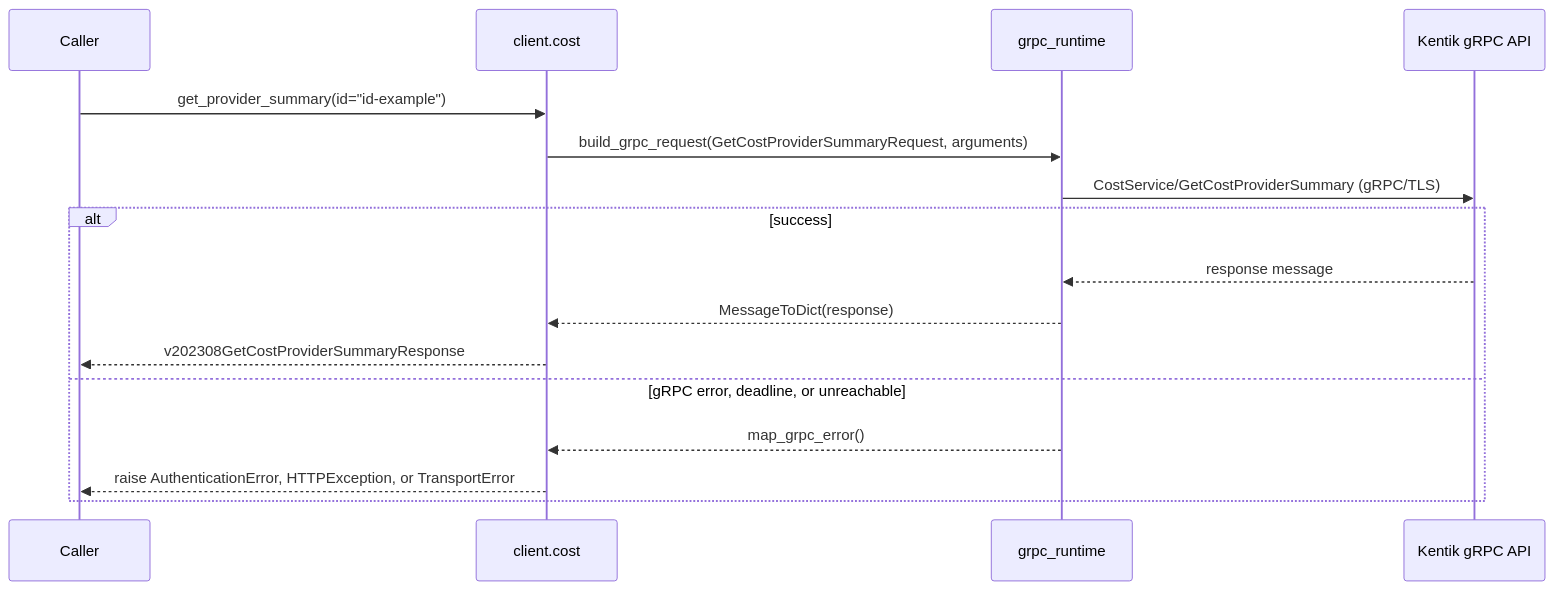
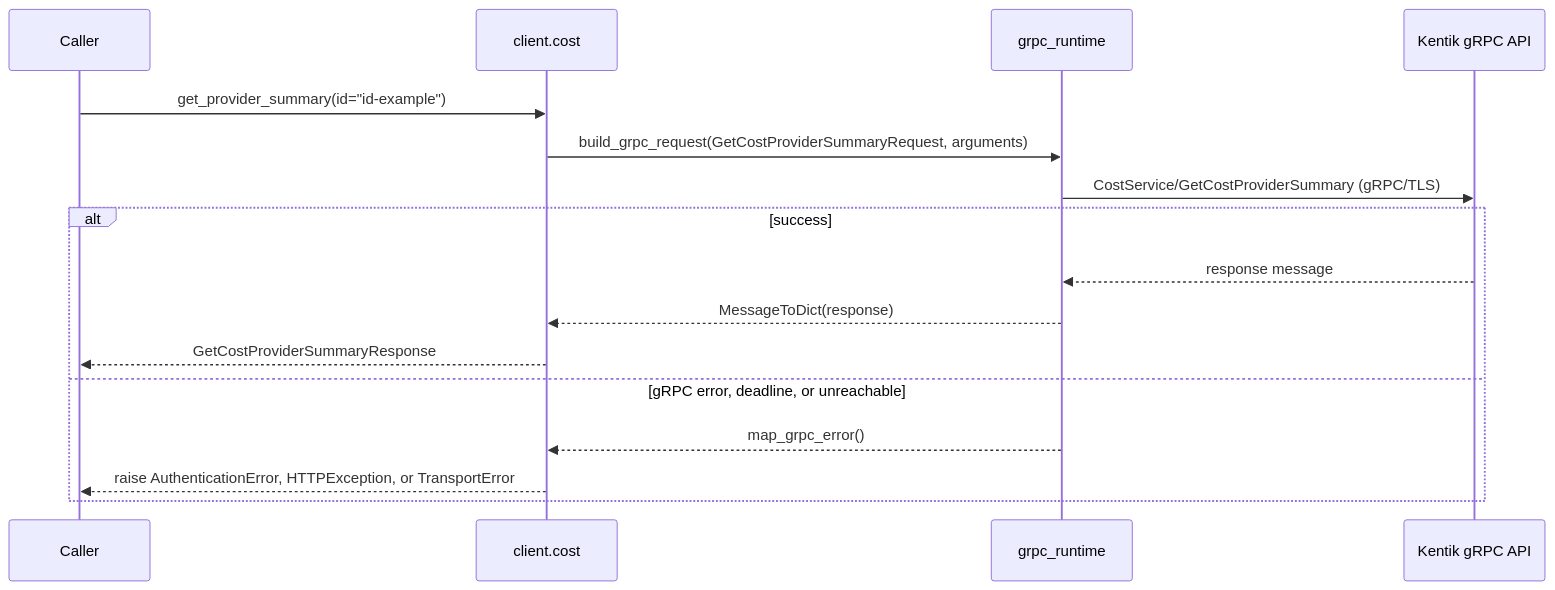
Before and after one commit to alexdearaujo/community_sdk_python: the seventh of 8 diagrams in docs/sphinx/services/cost.md, drawn with Mermaid. The commit also changed other lines of this file and 38 other files, not shown here.

````diff
--- a/docs/sphinx/services/cost.md
+++ b/docs/sphinx/services/cost.md
@@ -201,19 +201,19 @@
 ```mermaid
 sequenceDiagram
     participant C as Caller
     participant W as client.cost
     participant R as grpc_runtime
     participant API as Kentik gRPC API
 
     C->>W: get_provider_summary(id="id-example")
     W->>R: build_grpc_request(GetCostProviderSummaryRequest, arguments)
     R->>API: CostService/GetCostProviderSummary (gRPC/TLS)
     alt success
         API-->>R: response message
         R-->>W: MessageToDict(response)
-        W-->>C: v202308GetCostProviderSummaryResponse
+        W-->>C: GetCostProviderSummaryResponse
     else gRPC error, deadline, or unreachable
         R-->>W: map_grpc_error()
         W-->>C: raise AuthenticationError, HTTPException, or TransportError
     end
 ```
````
